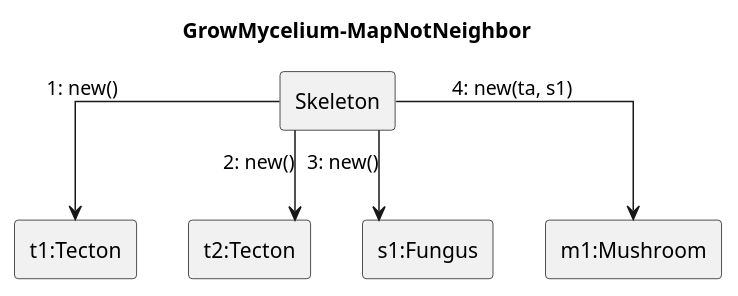
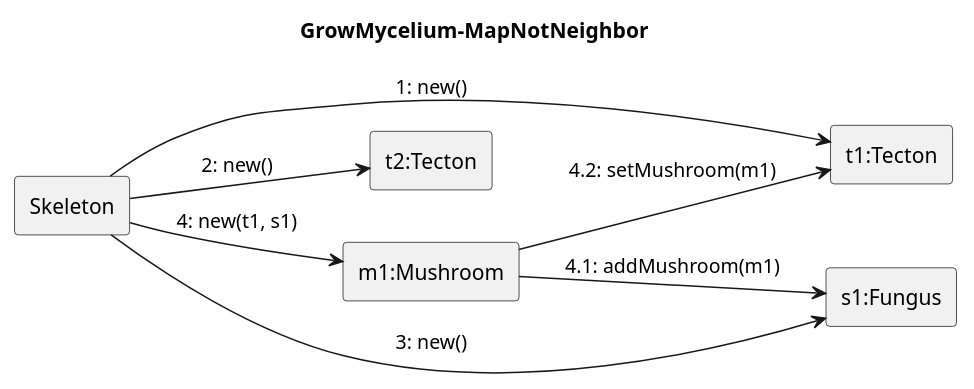
One commit to ZD4ve/projlab-error521 changed the diagram in Skeleton/Grow-mycelium/map-not-neighbor.pu. Above: the diagram before and after it, drawn with PlantUML. The commit also changed 7 other files, not shown here.

```diff
--- a/Skeleton/Grow-mycelium/map-not-neighbor.pu
+++ b/Skeleton/Grow-mycelium/map-not-neighbor.pu
@@ -1,20 +1,28 @@
 @startuml Grow-mycelium/map-not-neighbor
-skinparam linetype ortho
-'left to right direction
+'skinparam linetype ortho
+left to right direction
 title GrowMycelium-MapNotNeighbor
 
 rectangle Skeleton
 
 rectangle "t1:Tecton" as t1
 rectangle "t2:Tecton" as t2
+rectangle "m1:Mushroom" as m1
 rectangle "s1:Fungus" as s1
-rectangle "m1:Mushroom" as m1
+
 
 Skeleton --> t1: 1: new()
 Skeleton --> t2: 2: new()
 Skeleton --> s1: 3: new()
-Skeleton --> m1: 4: new(ta, s1)
+Skeleton --> m1: 4: new(t1, s1)
+m1 --> s1 : 4.1: addMushroom(m1)
+m1 --> t1 : 4.2: setMushroom(m1)
+
+
 'TODO ez így még nem lesz jó, nincs minden attr. beallitva
+'I know I know
+
+
 
 
 @enduml
```
